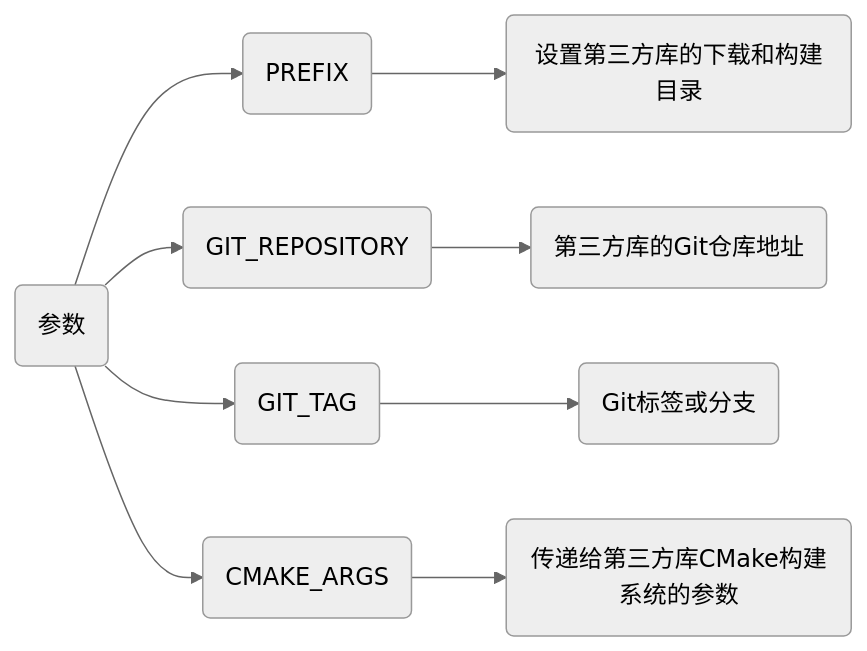
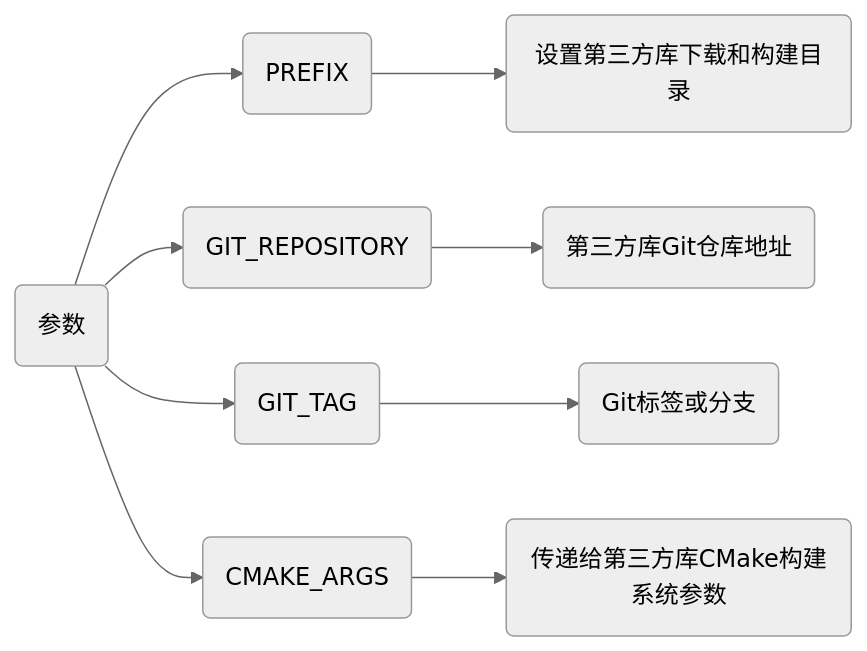
The diagram in _posts/Language/C&C++/BuildTool/CMake/2024-10-14-CMake移植三方库.md (dmjcb/dmjcb.github.io), drawn with Mermaid (neutral theme) before and after one commit. The commit also changed other lines of this file and 74 other files, not shown here.

````diff
--- a/_posts/Language/C&C++/BuildTool/CMake/2024-10-14-CMake移植三方库.md
+++ b/_posts/Language/C&C++/BuildTool/CMake/2024-10-14-CMake移植三方库.md
@@ -73,8 +73,8 @@
 ```mermaid
 graph LR;
     A(参数)
-    A --> B(PREFIX) --> B1(设置第三方库的下载和构建目录)
-    A --> C(GIT_REPOSITORY) --> C1(第三方库的Git仓库地址)
+    A --> B(PREFIX) --> B1(设置第三方库下载和构建目录)
+    A --> C(GIT_REPOSITORY) --> C1(第三方库Git仓库地址)
     A --> D(GIT_TAG) --> D1(Git标签或分支)
-    A --> E(CMAKE_ARGS) --> E1(传递给第三方库CMake构建系统的参数)
+    A --> E(CMAKE_ARGS) --> E1(传递给第三方库CMake构建系统参数)
 ```
````
